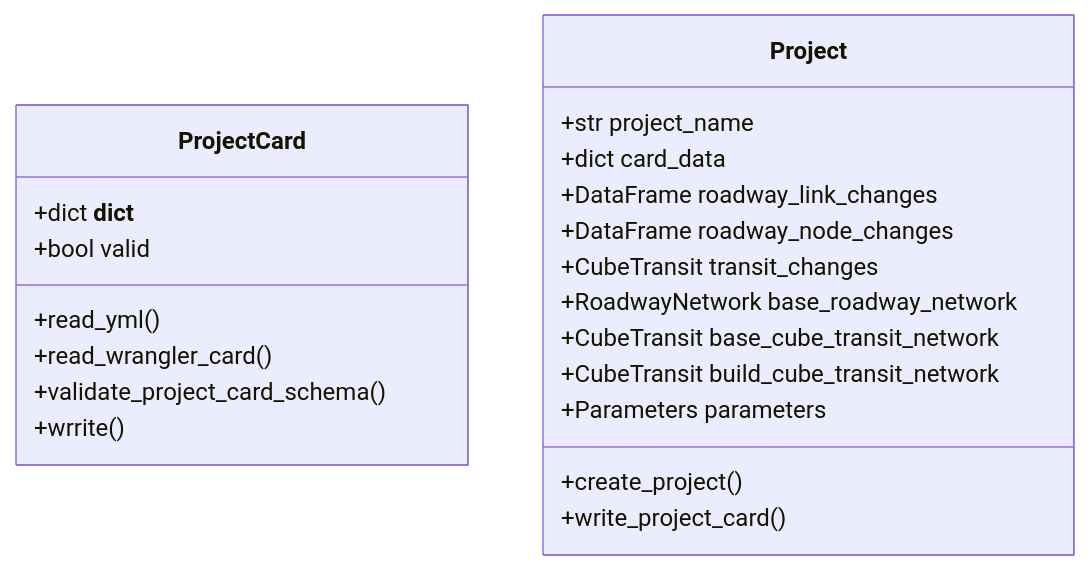
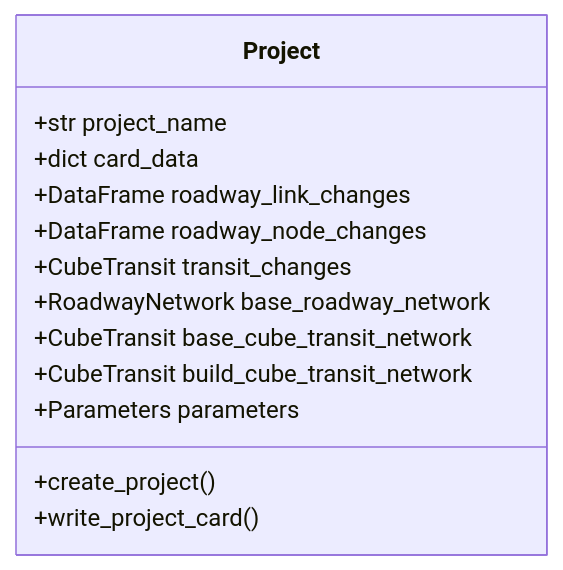
Before and after one commit to BayAreaMetro/network_wrangler: the second of 3 diagrams in architecture.md, drawn with Mermaid. The commit also changed other lines of this file, not shown here.

````diff
--- a/architecture.md
+++ b/architecture.md
@@ -88,28 +107,17 @@
 ```mermaid
-classDiagram 
-  class ProjectCard {
-    +dict __dict__
-    +bool valid
-    +read_yml()
-    +read_wrangler_card()
-    +validate_project_card_schema()
-    +wrrite()
-  }
-  link ProjectCard "https://bayareametro.github.io/network_wrangler/_generated/network_wrangler.ProjectCard/" "network_wrangler.ProjectCard"
-  
-
+classDiagram
   class Project {
     +str project_name
     +dict card_data
     +DataFrame roadway_link_changes
     +DataFrame roadway_node_changes
     +CubeTransit transit_changes
     +RoadwayNetwork base_roadway_network
     +CubeTransit base_cube_transit_network
     +CubeTransit build_cube_transit_network
     +Parameters parameters
     +create_project()
     +write_project_card()
   }
   link Project "https://bayareametro.github.io/Lasso/_generated/lasso.Project/" "lasso.Project"
 ```
````
